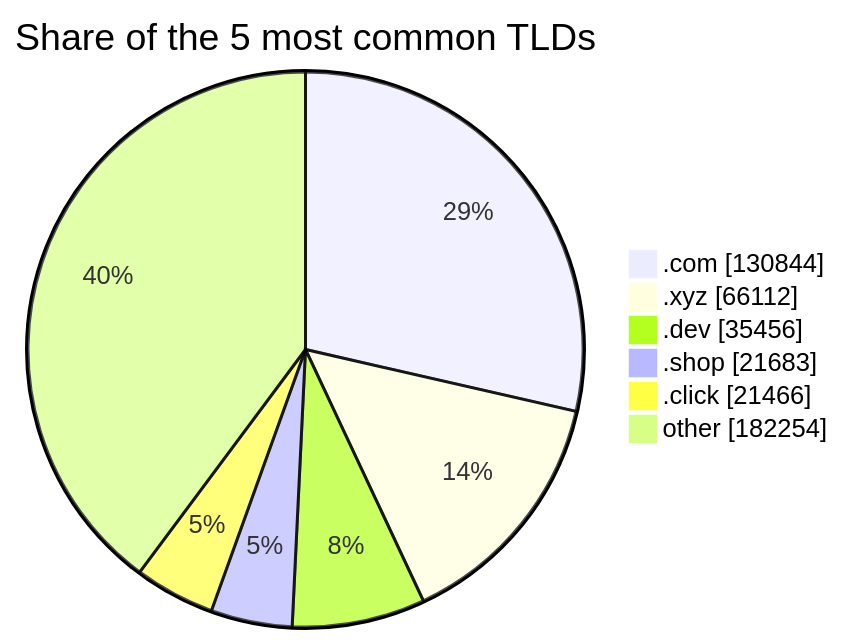
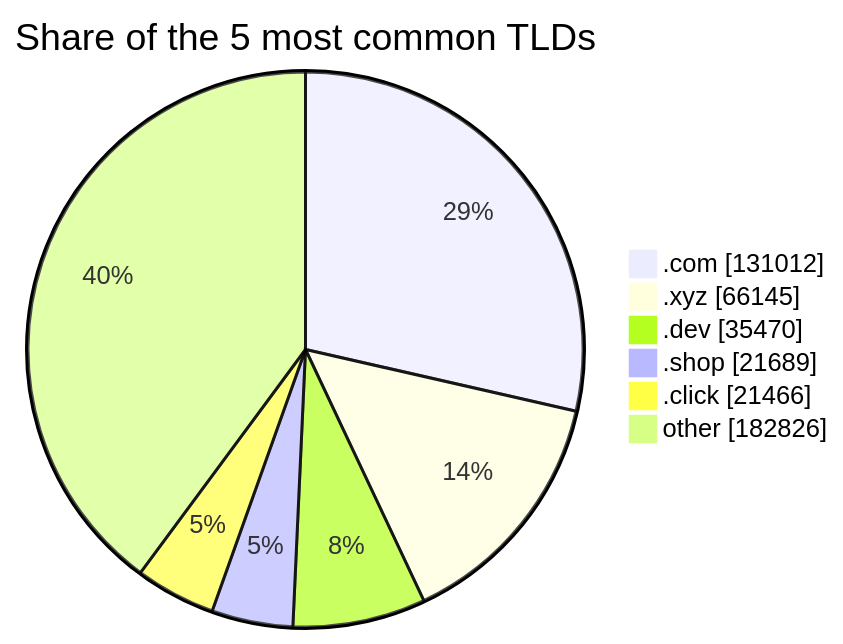
One commit to DNSBunker/CTI changed the third of 3 diagrams in README.md. Above: the diagram before and after it, drawn with Mermaid. The commit also changed other lines of this file and 3 other files, not shown here.

````diff
--- a/README.md
+++ b/README.md
@@ -81,9 +81,9 @@
 ```mermaid
 pie showData title Share of the 5 most common TLDs
-    ".com" : 130844
-    ".xyz" : 66112
-    ".dev" : 35456
-    ".shop" : 21683
+    ".com" : 131012
+    ".xyz" : 66145
+    ".dev" : 35470
+    ".shop" : 21689
     ".click" : 21466
-    "other" : 182254
+    "other" : 182826
 ```
````
